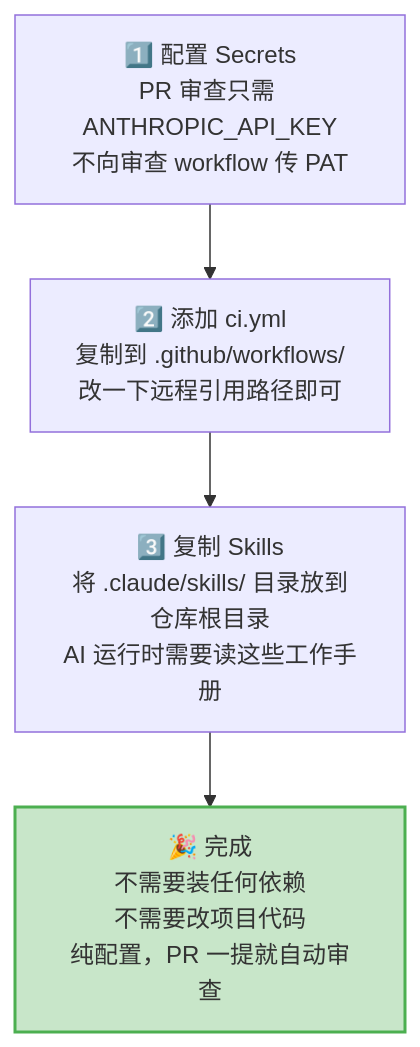
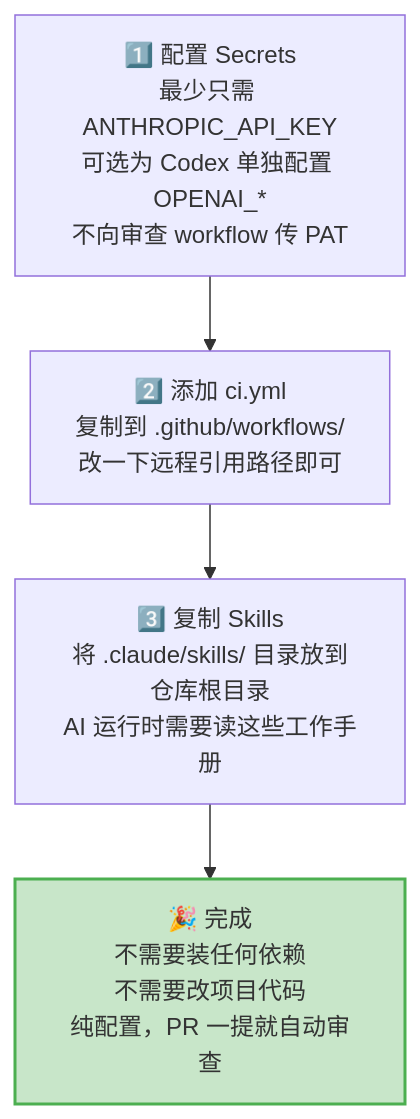
One commit to Lightspeed-Intelligence/agentic-workflow-template changed diagram 12 of 13 in docs/code-review-design.md. Above: the diagram before and after it, drawn with Mermaid. The commit also changed other lines of this file and 7 other files, not shown here.

````diff
--- a/docs/code-review-design.md
+++ b/docs/code-review-design.md
@@ -391,11 +392,11 @@
 ```mermaid
 flowchart TD
-    A["1️⃣ 配置 Secrets<br/>PR 审查只需 ANTHROPIC_API_KEY<br/>不向审查 workflow 传 PAT"]
+    A["1️⃣ 配置 Secrets<br/>最少只需 ANTHROPIC_API_KEY<br/>可选为 Codex 单独配置 OPENAI_*<br/>不向审查 workflow 传 PAT"]
     B["2️⃣ 添加 ci.yml<br/>复制到 .github/workflows/<br/>改一下远程引用路径即可"]
     C["3️⃣ 复制 Skills<br/>将 .claude/skills/ 目录放到仓库根目录<br/>AI 运行时需要读这些工作手册"]
     D["🎉 完成<br/>不需要装任何依赖<br/>不需要改项目代码<br/>纯配置，PR 一提就自动审查"]
 
     A --> B --> C --> D
 
     style D fill:#c8e6c9,stroke:#4CAF50,stroke-width:2px
 ```
````
